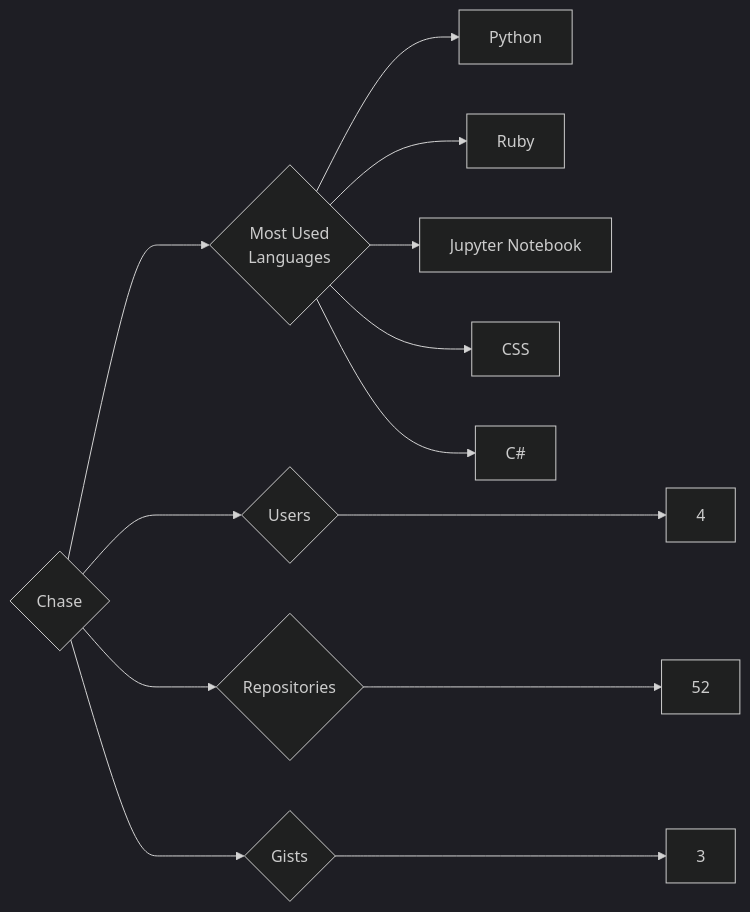
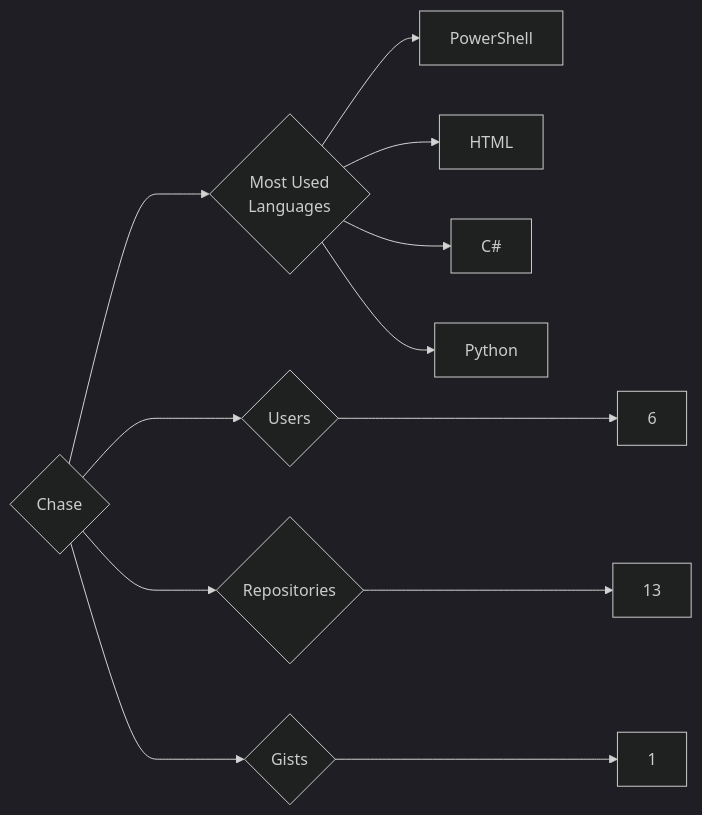
One commit to trickest/insiders changed the diagram in targets/Chase/README.md. Above: the diagram before and after it, drawn with Mermaid (dark theme). The commit also changed 860 other files, not shown here.

````diff
--- a/targets/Chase/README.md
+++ b/targets/Chase/README.md
@@ -3,13 +3,12 @@
 ```mermaid
 graph LR
 COMPANY_NAME{Chase}
-COMPANY_NAME ---> U{Users} ---> UN[4]
-COMPANY_NAME ---> R{Repositories} ---> RN[52]
-COMPANY_NAME ---> G{Gists} ---> GN[3]
+COMPANY_NAME ---> U{Users} ---> UN[6]
+COMPANY_NAME ---> R{Repositories} ---> RN[13]
+COMPANY_NAME ---> G{Gists} ---> GN[1]
 COMPANY_NAME ---> ML{Most Used<br>Languages}
+ML --> PowerShell[PowerShell]
+ML --> HTML[HTML]
+ML --> C#[C#]
 ML --> Python[Python]
-ML --> Ruby[Ruby]
-ML --> Jupyter_Notebook[Jupyter Notebook]
-ML --> CSS[CSS]
-ML --> C#[C#]
 ```
````
